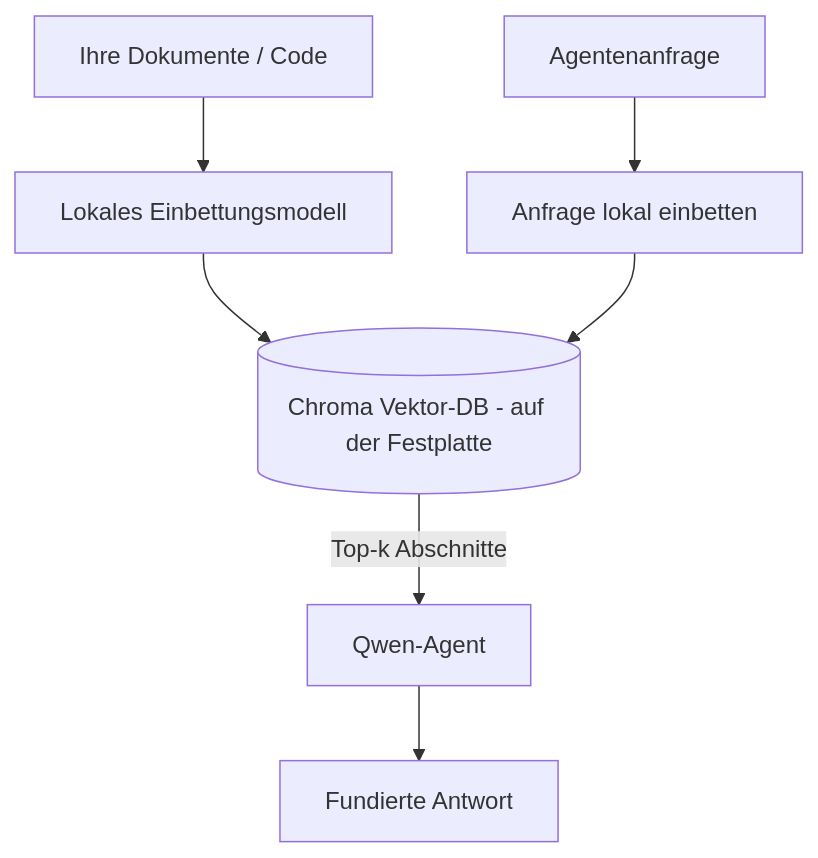
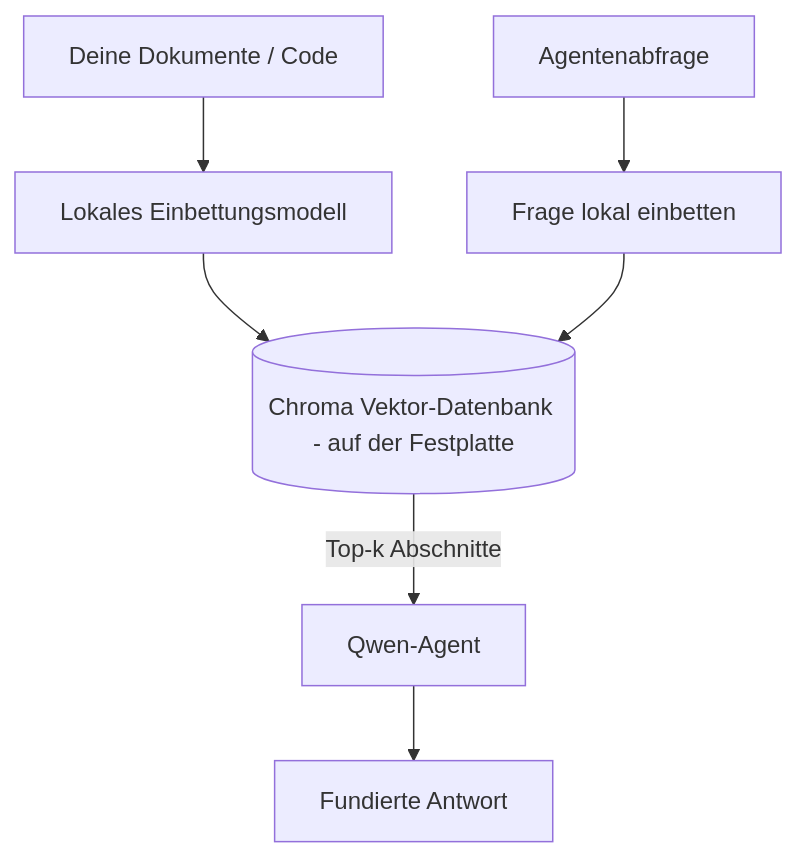
The third of 4 diagrams in mirrors/repos/microsoft@ai-agents-for-beginners/translations/de/17-creating-local-ai-agents/README.md (gabrielmoreira/agent-skills-mirror), drawn with Mermaid before and after one commit. The commit also changed other lines of this file and 4262 other files, not shown here.

````diff
--- a/mirrors/repos/microsoft@ai-agents-for-beginners/translations/de/17-creating-local-ai-agents/README.md
+++ b/mirrors/repos/microsoft@ai-agents-for-beginners/translations/de/17-creating-local-ai-agents/README.md
@@ -125,9 +125,9 @@
 ```mermaid
 flowchart TB
-    D[Ihre Dokumente / Code] --> E[Lokales Einbettungsmodell]
-    E --> V[(Chroma Vektor-DB - auf der Festplatte)]
-    Q[Agentenanfrage] --> QE[Anfrage lokal einbetten]
+    D[Deine Dokumente / Code] --> E[Lokales Einbettungsmodell]
+    E --> V[(Chroma Vektor-Datenbank - auf der Festplatte)]
+    Q[Agentenabfrage] --> QE[Frage lokal einbetten]
     QE --> V
     V -->|Top-k Abschnitte| A[Qwen-Agent]
     A --> Ans[Fundierte Antwort]
 ```
````
